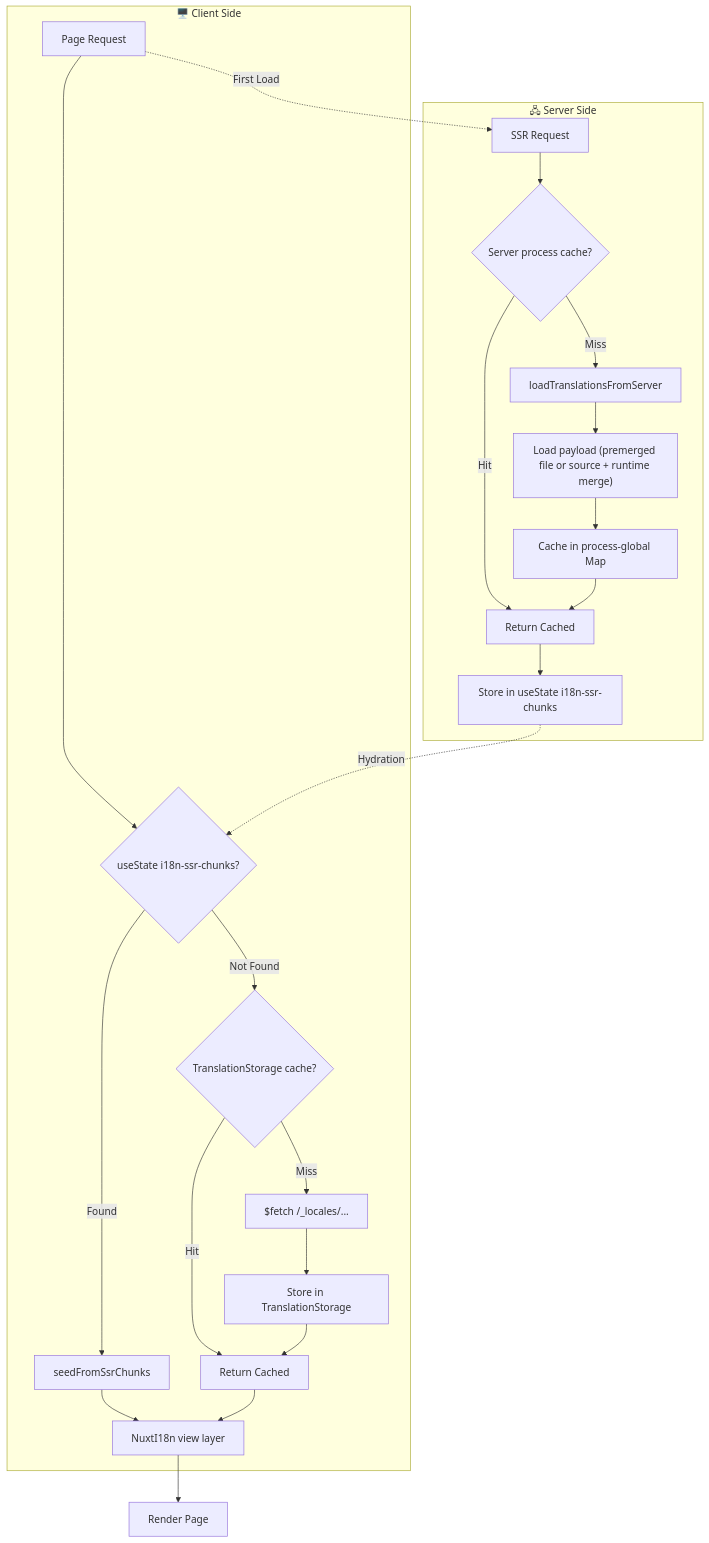
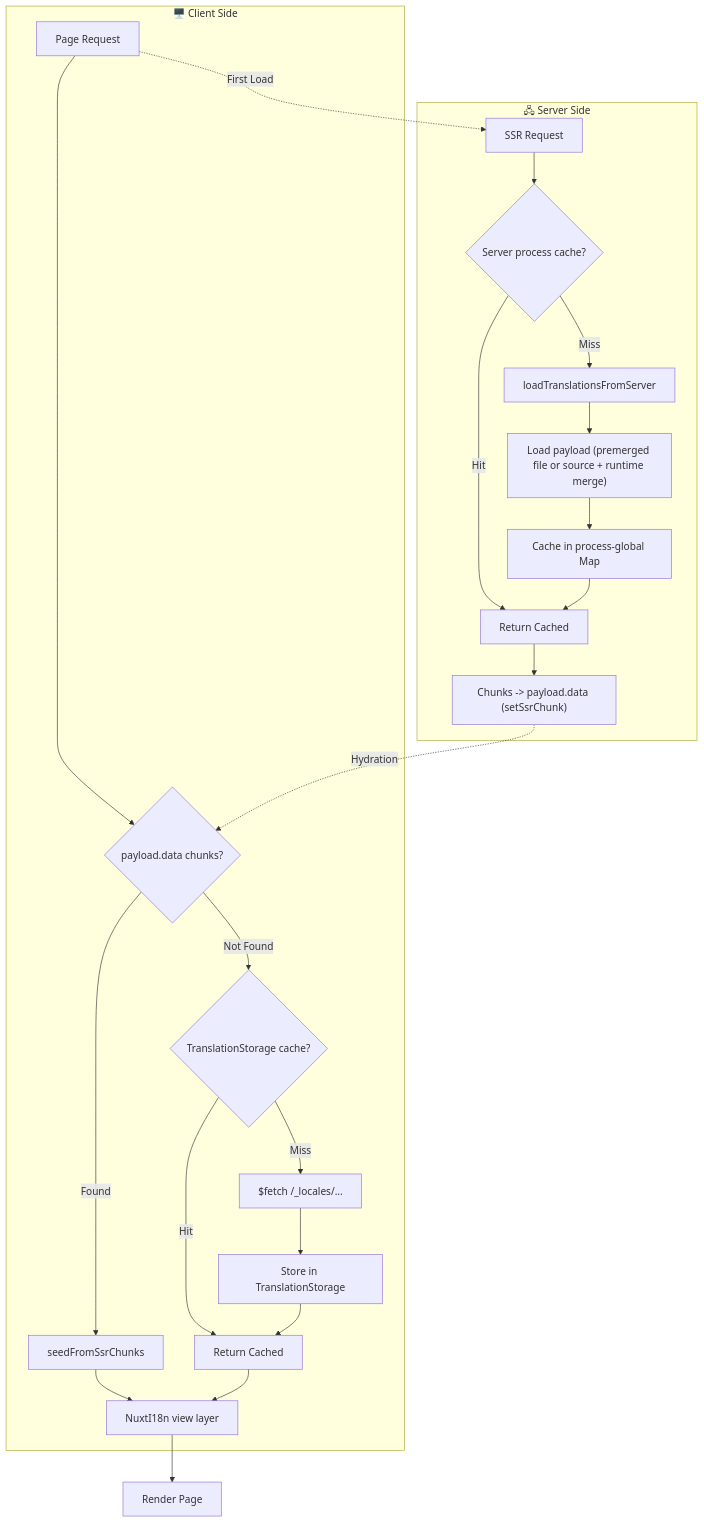
Before and after one commit to s00d/nuxt-i18n-micro: the second of 2 diagrams in docs/guide/getting-started.md, drawn with Mermaid. The commit also changed other lines of this file and 569 other files, not shown here.

````diff
--- a/docs/guide/getting-started.md
+++ b/docs/guide/getting-started.md
@@ -294,28 +287,28 @@
 ```mermaid
 flowchart TB
     subgraph Client["🖥️ Client Side"]
-        A[Page Request] --> B{useState i18n-ssr-chunks?}
+        A[Page Request] --> B{payload.data chunks?}
         B -->|Found| C[seedFromSsrChunks]
         B -->|Not Found| D{TranslationStorage cache?}
         D -->|Hit| E[Return Cached]
         D -->|Miss| F["$fetch /_locales/..."]
         F --> G[Store in TranslationStorage]
         G --> E
         C --> H[NuxtI18n view layer]
         E --> H
     end
 
     subgraph Server["🖧 Server Side"]
         I[SSR Request] --> J{Server process cache?}
         J -->|Hit| K[Return Cached]
         J -->|Miss| L[loadTranslationsFromServer]
         L --> M["Load payload (premerged file or source + runtime merge)"]
         M --> N[Cache in process-global Map]
         N --> K
-        K --> O["Store in useState i18n-ssr-chunks"]
+        K --> O["Chunks -> payload.data (setSsrChunk)"]
     end
 
     A -.->|First Load| I
     O -.->|Hydration| B
     H --> P[Render Page]
 ```
````
